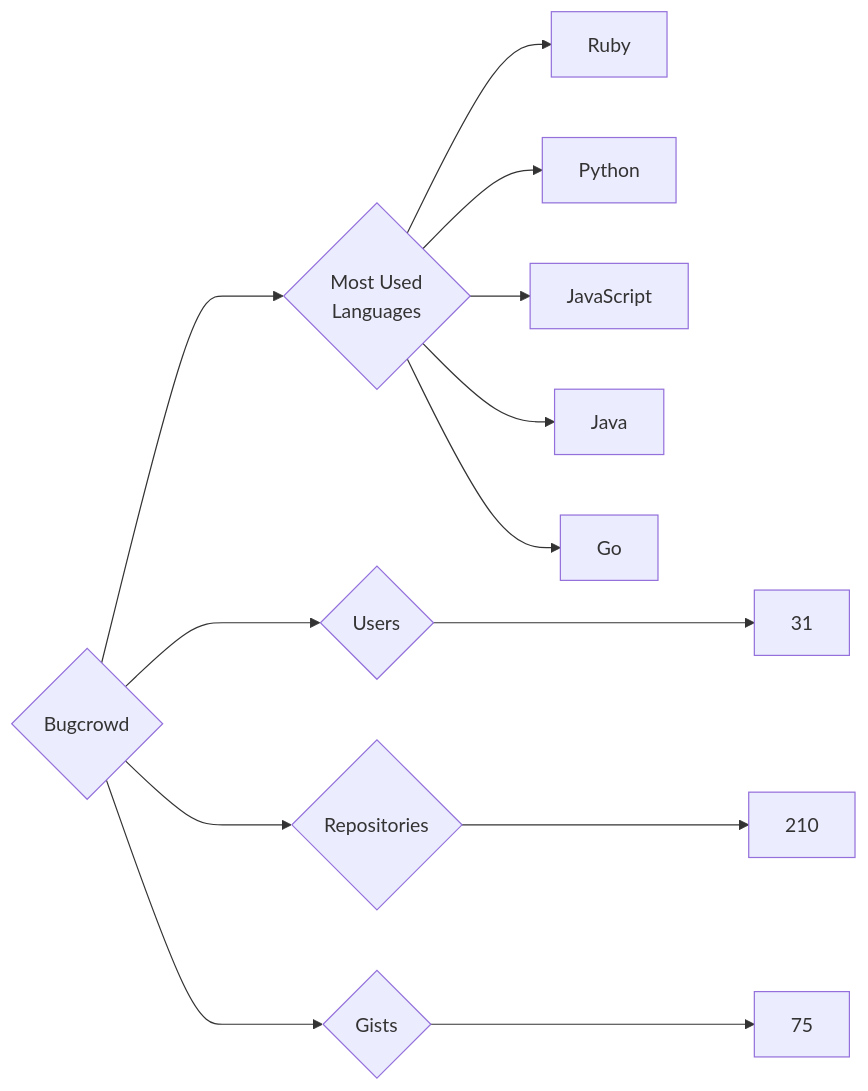
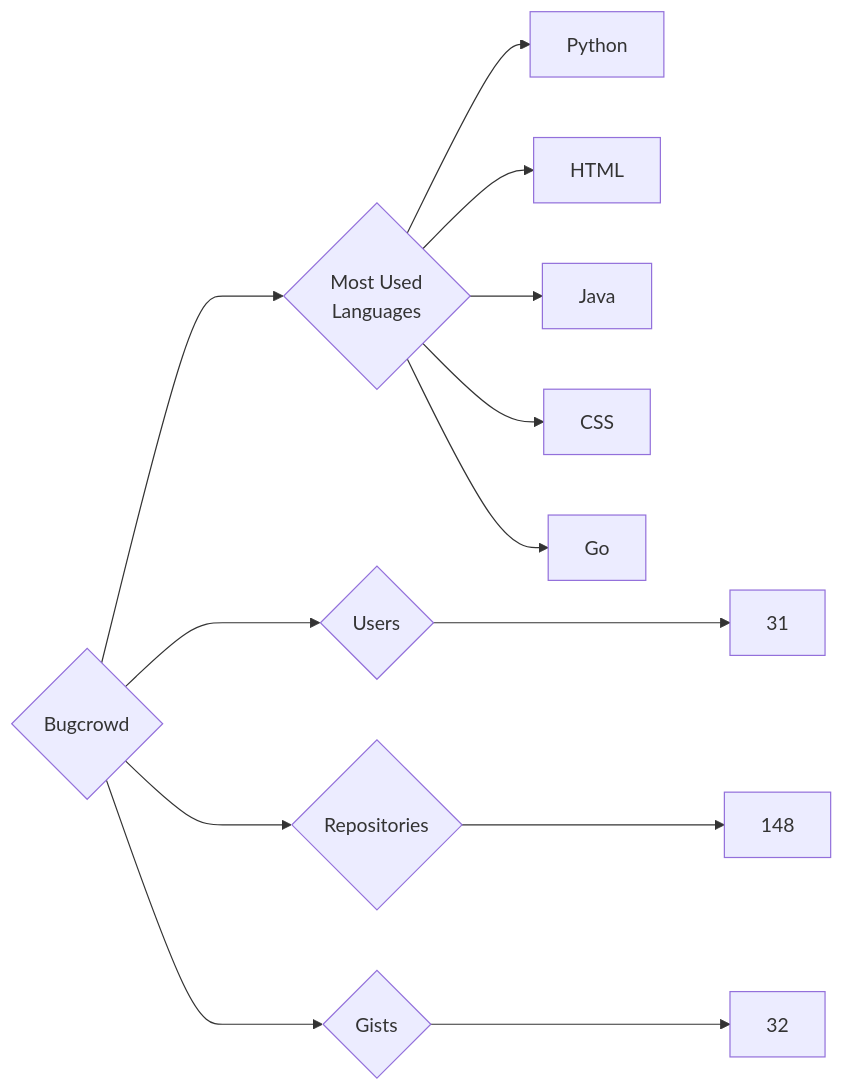
Before and after one commit to trickest/insiders: the diagram in targets/Bugcrowd/README.md, drawn with Mermaid. The commit also changed 925 other files, not shown here.

````diff
--- a/targets/Bugcrowd/README.md
+++ b/targets/Bugcrowd/README.md
@@ -3,13 +3,13 @@
 ```mermaid
 graph LR
 COMPANY_NAME{Bugcrowd}
 COMPANY_NAME ---> U{Users} ---> UN[31]
-COMPANY_NAME ---> R{Repositories} ---> RN[210]
-COMPANY_NAME ---> G{Gists} ---> GN[75]
+COMPANY_NAME ---> R{Repositories} ---> RN[148]
+COMPANY_NAME ---> G{Gists} ---> GN[32]
 COMPANY_NAME ---> ML{Most Used<br>Languages}
-ML --> Ruby[Ruby]
 ML --> Python[Python]
-ML --> JavaScript[JavaScript]
+ML --> HTML[HTML]
 ML --> Java[Java]
+ML --> CSS[CSS]
 ML --> Go[Go]
 ```
````
